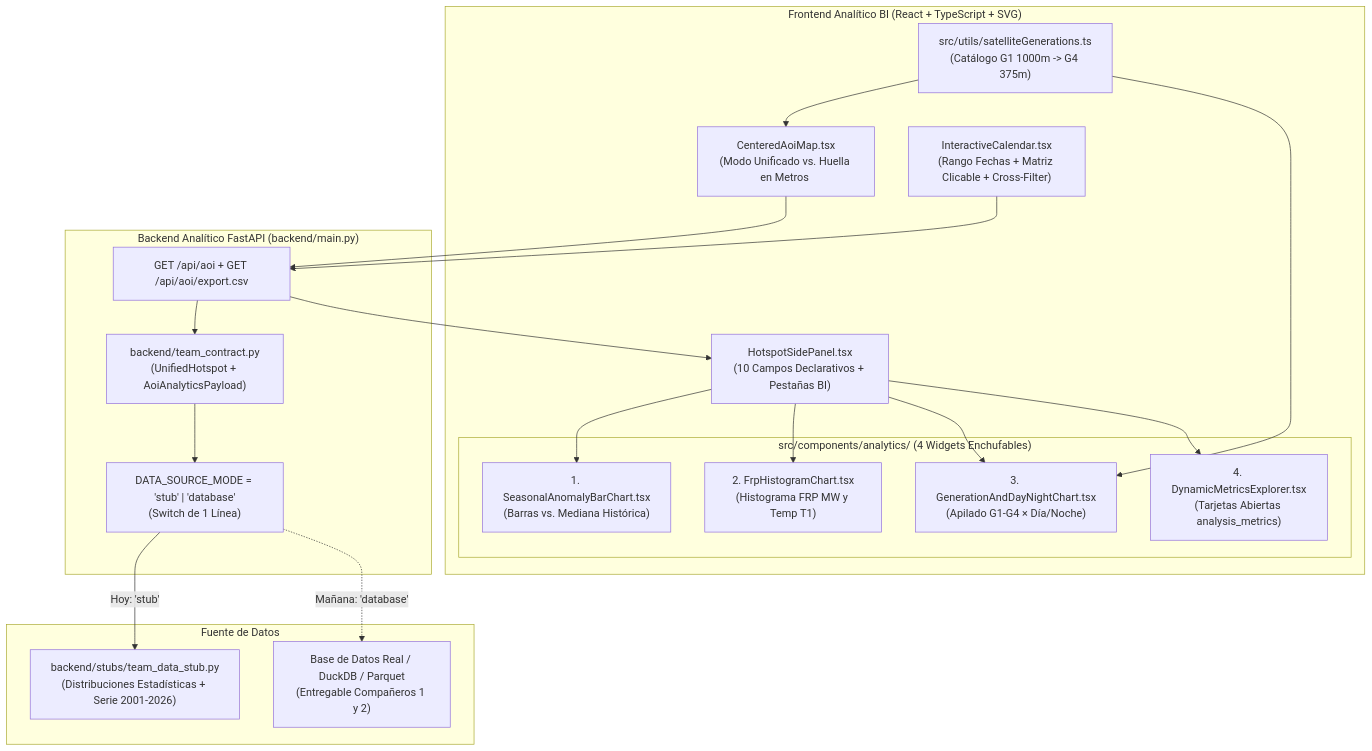
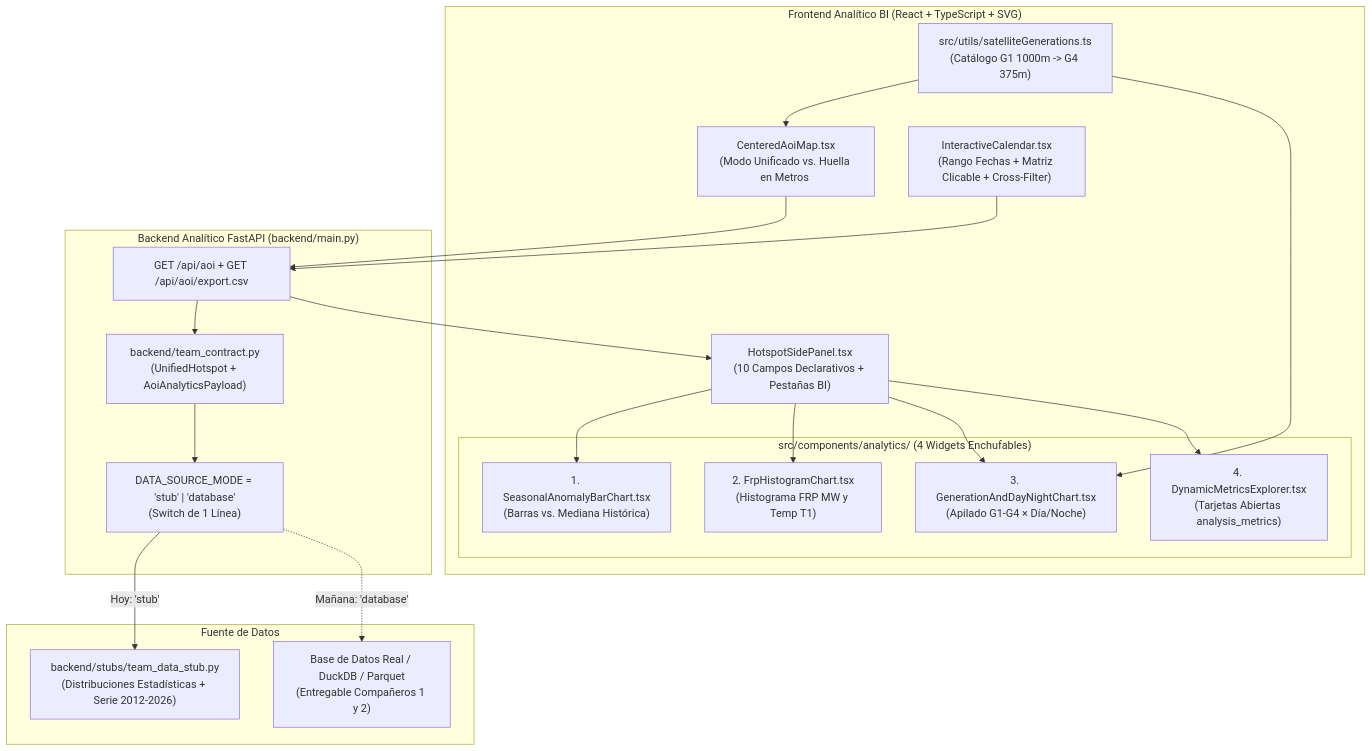
The first of 2 diagrams in docs/overnight/RUTA_3_EXPLORADOR_ANALITICO_BI.md (juani981/Space-App-Challenge), drawn with Mermaid before and after one commit. The commit also changed 8 other files, not shown here.

````diff
--- a/docs/overnight/RUTA_3_EXPLORADOR_ANALITICO_BI.md
+++ b/docs/overnight/RUTA_3_EXPLORADOR_ANALITICO_BI.md
@@ -48,40 +48,40 @@
 ```mermaid
 flowchart TD
     subgraph FRONTEND_BI["Frontend Analítico BI (React + TypeScript + SVG)"]
         SAT_CAT["src/utils/satelliteGenerations.ts<br/>(Catálogo G1 1000m -> G4 375m)"]
         MAP_BI["CenteredAoiMap.tsx<br/>(Modo Unificado vs. Huella en Metros <Circle>)"]
         CAL_BI["InteractiveCalendar.tsx<br/>(Rango Fechas + Matriz Clicable + Cross-Filter)"]
         PANEL_BI["HotspotSidePanel.tsx<br/>(10 Campos Declarativos + Pestañas BI)"]
         subgraph SUITE_SVG["src/components/analytics/ (4 Widgets Enchufables)"]
             W1["1. SeasonalAnomalyBarChart.tsx<br/>(Barras vs. Mediana Histórica)"]
             W2["2. FrpHistogramChart.tsx<br/>(Histograma FRP MW y Temp T1)"]
             W3["3. GenerationAndDayNightChart.tsx<br/>(Apilado G1-G4 × Día/Noche)"]
             W4["4. DynamicMetricsExplorer.tsx<br/>(Tarjetas Abiertas analysis_metrics)"]
         end
     end
 
     subgraph BACKEND_BI["Backend Analítico FastAPI (backend/main.py)"]
         API_AOI["GET /api/aoi + GET /api/aoi/export.csv"]
         CONTRACT["backend/team_contract.py<br/>(UnifiedHotspot + AoiAnalyticsPayload)"]
         SWITCH["DATA_SOURCE_MODE = 'stub' | 'database'<br/>(Switch de 1 Línea)"]
     end
 
     subgraph DATA_LAYER["Fuente de Datos"]
-        STUB["backend/stubs/team_data_stub.py<br/>(Distribuciones Estadísticas + Serie 2001-2026)"]
+        STUB["backend/stubs/team_data_stub.py<br/>(Distribuciones Estadísticas + Serie 2012-2026)"]
         DB["Base de Datos Real / DuckDB / Parquet<br/>(Entregable Compañeros 1 y 2)"]
     end
 
     SAT_CAT --> MAP_BI
     SAT_CAT --> W3
     CAL_BI --> API_AOI
     MAP_BI --> API_AOI
     API_AOI --> CONTRACT
     CONTRACT --> SWITCH
     SWITCH -->|"Hoy: 'stub'"| STUB
     SWITCH -.->|"Mañana: 'database'"| DB
     API_AOI --> PANEL_BI
     PANEL_BI --> W1
     PANEL_BI --> W2
     PANEL_BI --> W3
     PANEL_BI --> W4
 ```
````
